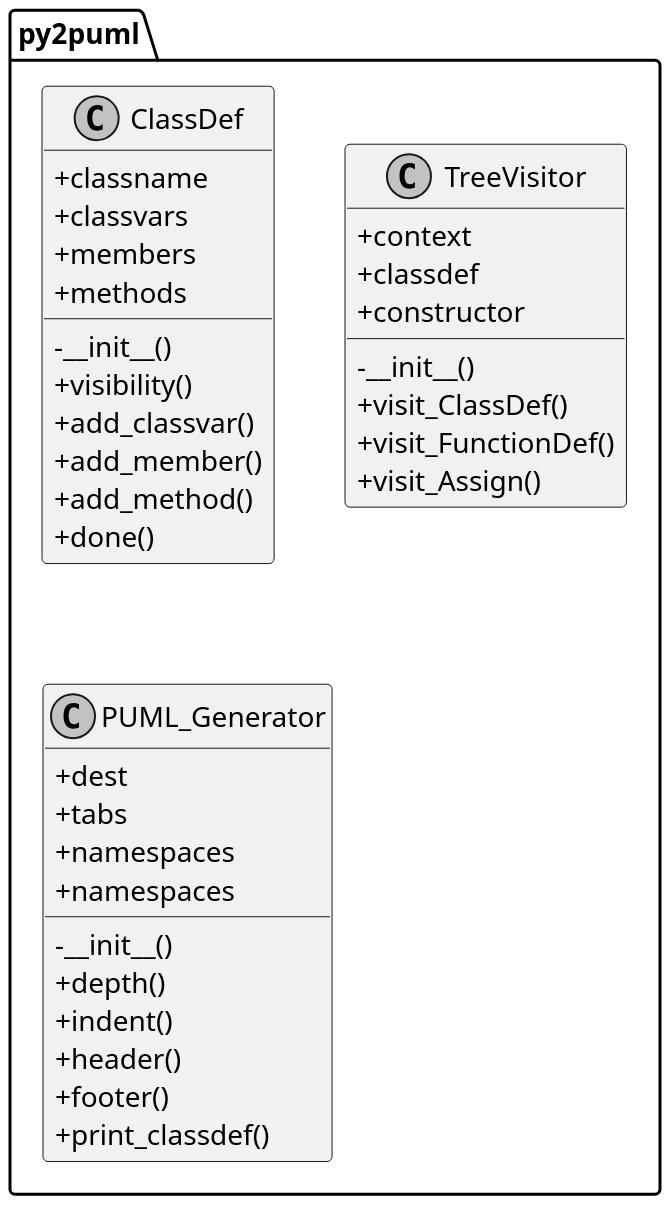
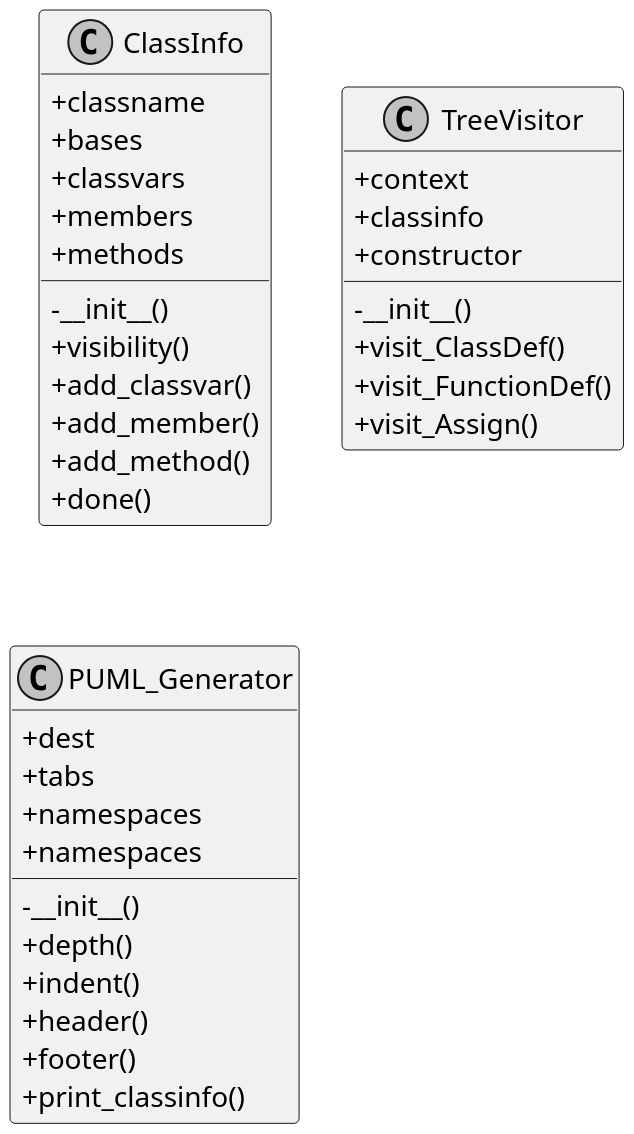
One commit to deadbok/py-puml-tools changed the diagram in py2puml/examples/py2puml.puml. Above: the diagram before and after it, drawn with PlantUML. The commit also changed 5 other files, not shown here.

```diff
--- a/py2puml/examples/py2puml.puml
+++ b/py2puml/examples/py2puml.puml
@@ -1,41 +1,43 @@
 @startuml
 skinparam monochrome true
 skinparam classAttributeIconSize 0
 scale 2
 
-namespace py2puml {
-  class ClassDef {
-    +classname
-    +classvars
-    +members
-    +methods
-    -__init__()
-    +visibility()
-    +add_classvar()
-    +add_member()
-    +add_method()
-    +done()
-  }
-  class TreeVisitor {
-    +context
-    +classdef
-    +constructor
-    -__init__()
-    +visit_ClassDef()
-    +visit_FunctionDef()
-    +visit_Assign()
-  }
-  class PUML_Generator {
-    +dest
-    +tabs
-    +namespaces
-    +namespaces
-    -__init__()
-    +depth()
-    +indent()
-    +header()
-    +footer()
-    +print_classdef()
-  }
+class ClassInfo {
+  +classname
+  +bases
+  +classvars
+  +members
+  +methods
+  -__init__()
+  +visibility()
+  +add_classvar()
+  +add_member()
+  +add_method()
+  +done()
 }
+
+class TreeVisitor {
+  +context
+  +classinfo
+  +constructor
+  -__init__()
+  +visit_ClassDef()
+  +visit_FunctionDef()
+  +visit_Assign()
+}
+
+class PUML_Generator {
+  +dest
+  +tabs
+  +namespaces
+  +namespaces
+  -__init__()
+  +depth()
+  +indent()
+  +header()
+  +footer()
+  +print_classinfo()
+}
+
 @enduml
```
